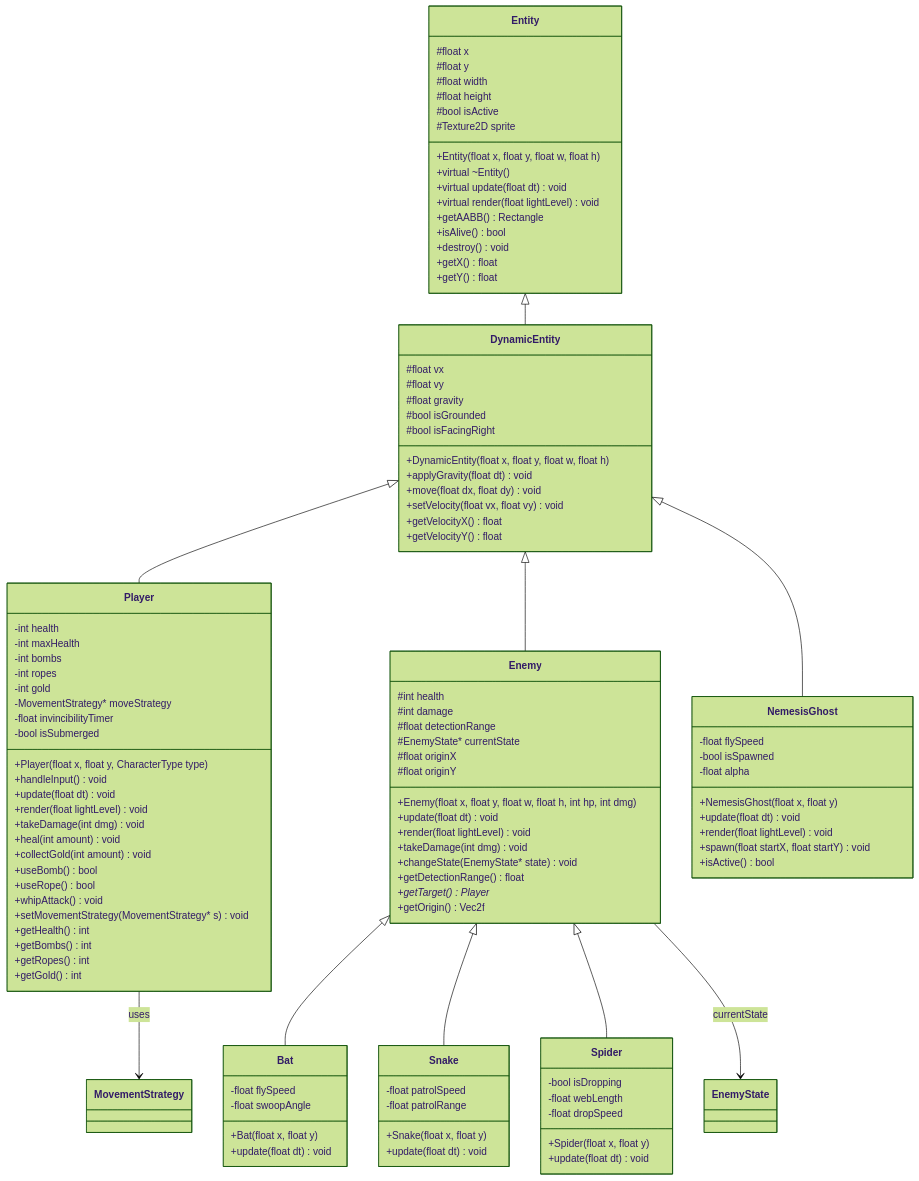
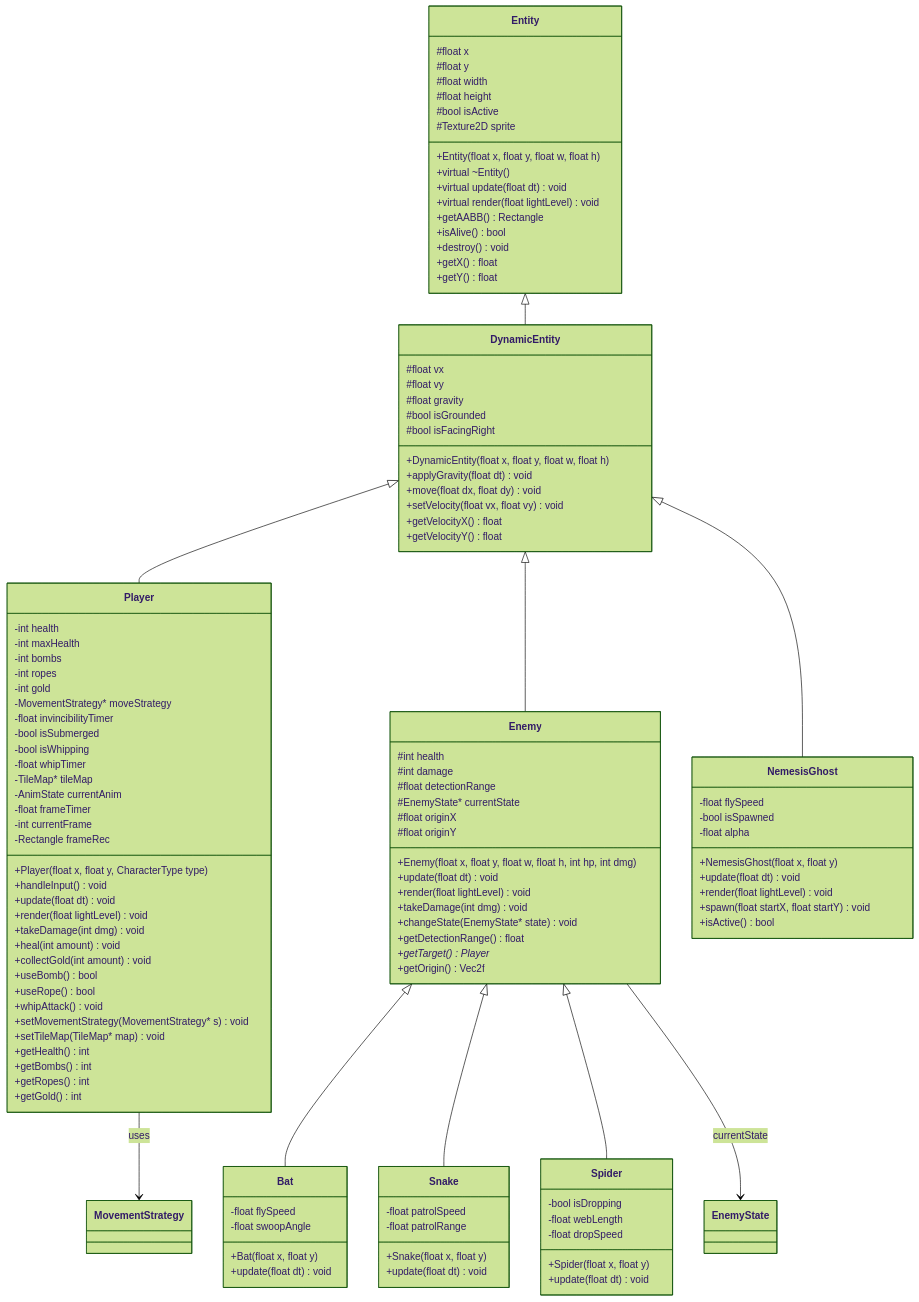
The second of 8 diagrams in project_plan.md (Gasmask-Chan/CS202-Cavern-Descent), drawn with Mermaid (forest theme) before and after one commit. The commit also changed other lines of this file and 5 other files, not shown here.

```diff
--- a/project_plan.md
+++ b/project_plan.md
@@ -553,6 +553,13 @@
         -MovementStrategy* moveStrategy
         -float invincibilityTimer
         -bool isSubmerged
+        -bool isWhipping
+        -float whipTimer
+        -TileMap* tileMap
+        -AnimState currentAnim
+        -float frameTimer
+        -int currentFrame
+        -Rectangle frameRec
         +Player(float x, float y, CharacterType type)
         +handleInput() void
         +update(float dt) void
@@ -564,6 +571,7 @@
         +useRope() bool
         +whipAttack() void
         +setMovementStrategy(MovementStrategy* s) void
+        +setTileMap(TileMap* map) void
         +getHealth() int
         +getBombs() int
         +getRopes() int
```
